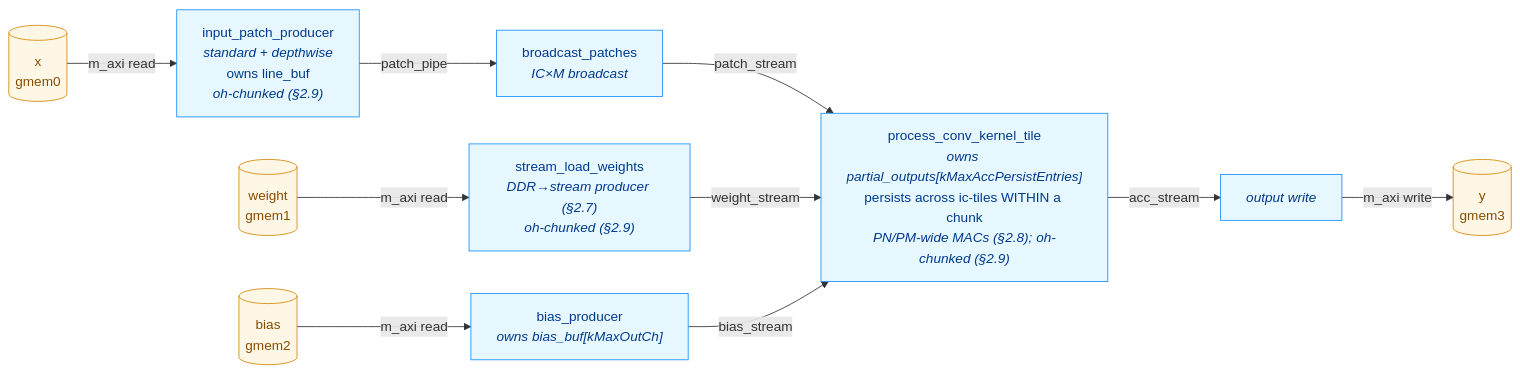
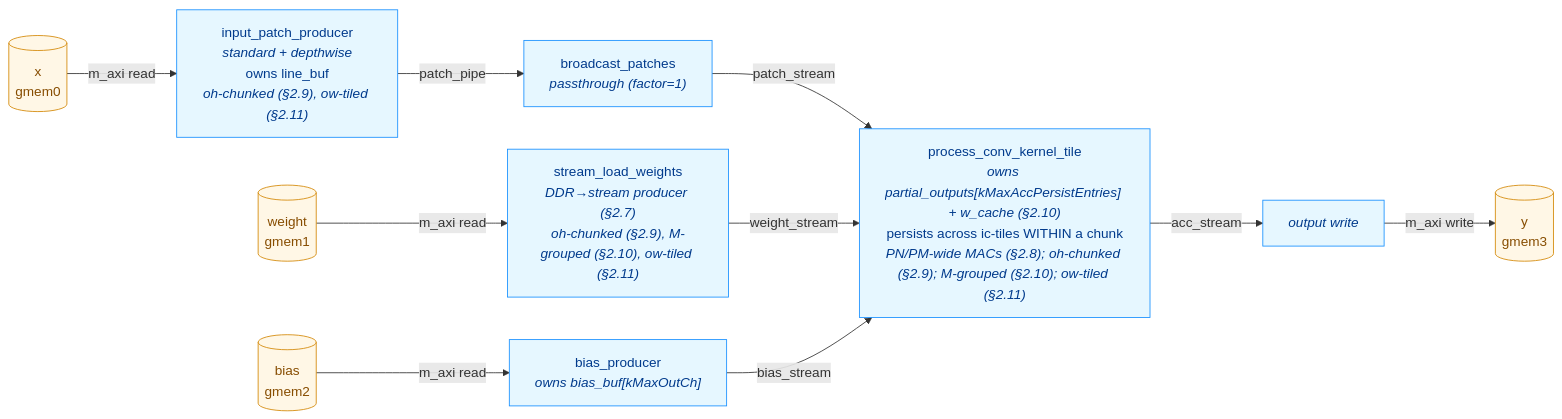
One commit to GradeBuilderSL/cormorant changed the diagram in doc/CONV_OPTIMISATION.md. Above: the diagram before and after it, drawn with Mermaid. The commit also changed other lines of this file and 1 other file, not shown here.

````diff
--- a/doc/CONV_OPTIMISATION.md
+++ b/doc/CONV_OPTIMISATION.md
@@ -369,28 +507,28 @@
 ```mermaid
 flowchart LR
     DDR_X[("x<br/>gmem0")]
     DDR_W[("weight<br/>gmem1")]
     DDR_B[("bias<br/>gmem2")]
     DDR_Y[("y<br/>gmem3")]
-    IPP["input_patch_producer<br/><i>standard + depthwise</i><br/>owns line_buf<br/><i>oh-chunked (§2.9)</i>"]
-    BC["broadcast_patches<br/><i>IC×M broadcast</i>"]
-    SLW["stream_load_weights<br/><i>DDR→stream producer (§2.7)</i><br/><i>oh-chunked (§2.9)</i>"]
+    IPP["input_patch_producer<br/><i>standard + depthwise</i><br/>owns line_buf<br/><i>oh-chunked (§2.9), ow-tiled (§2.11)</i>"]
+    BC["broadcast_patches<br/><i>passthrough (factor=1)</i>"]
+    SLW["stream_load_weights<br/><i>DDR→stream producer (§2.7)</i><br/><i>oh-chunked (§2.9), M-grouped (§2.10), ow-tiled (§2.11)</i>"]
     BP["bias_producer<br/><i>owns bias_buf[kMaxOutCh]</i>"]
-    PCT["process_conv_kernel_tile<br/><i>owns partial_outputs[kMaxAccPersistEntries]</i><br/>persists across ic-tiles WITHIN a chunk<br/><i>PN/PM-wide MACs (§2.8); oh-chunked (§2.9)</i>"]
+    PCT["process_conv_kernel_tile<br/><i>owns partial_outputs[kMaxAccPersistEntries] + w_cache (§2.10)</i><br/>persists across ic-tiles WITHIN a chunk<br/><i>PN/PM-wide MACs (§2.8); oh-chunked (§2.9); M-grouped (§2.10); ow-tiled (§2.11)</i>"]
     WO["<i>output write</i>"]
 
     DDR_X -->|m_axi read| IPP
     DDR_W -->|m_axi read| SLW
     DDR_B -->|m_axi read| BP
     IPP -->|patch_pipe| BC
     BC -->|patch_stream| PCT
     SLW -->|weight_stream| PCT
     BP -->|bias_stream| PCT
     PCT -->|acc_stream| WO
     WO -->|m_axi write| DDR_Y
 
     classDef ddr fill:#fff7e6,stroke:#d48806,color:#874d00
     classDef stage fill:#e6f7ff,stroke:#1890ff,color:#003a8c
     class DDR_X,DDR_W,DDR_B,DDR_Y ddr
     class IPP,BC,SLW,BP,PCT,WO stage
 ```
````
